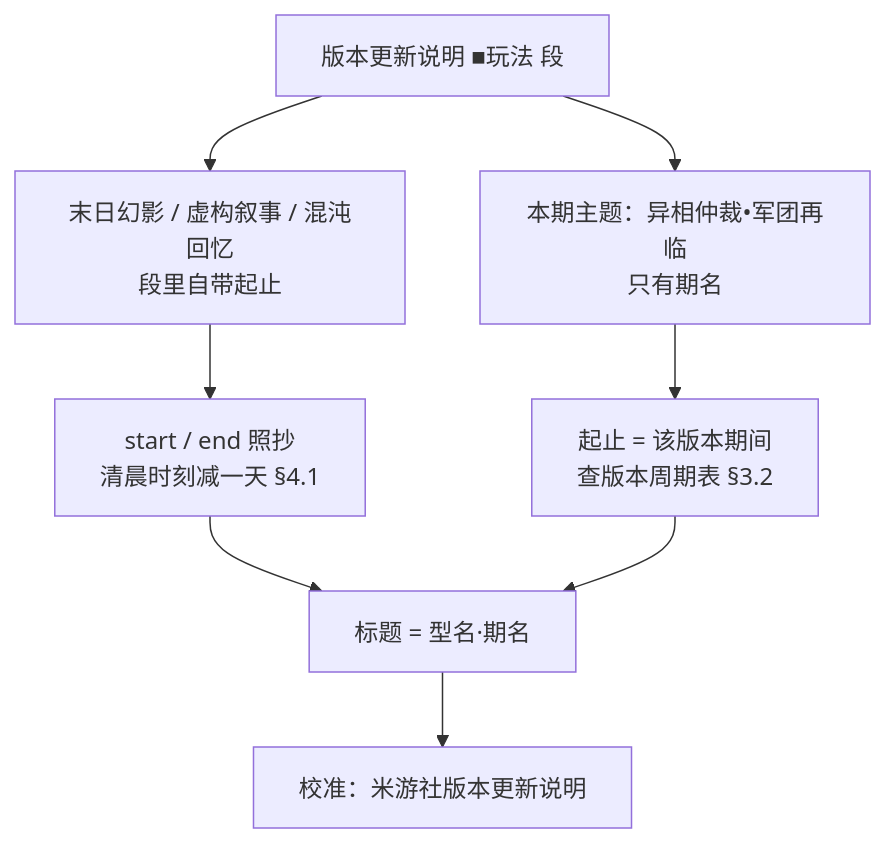
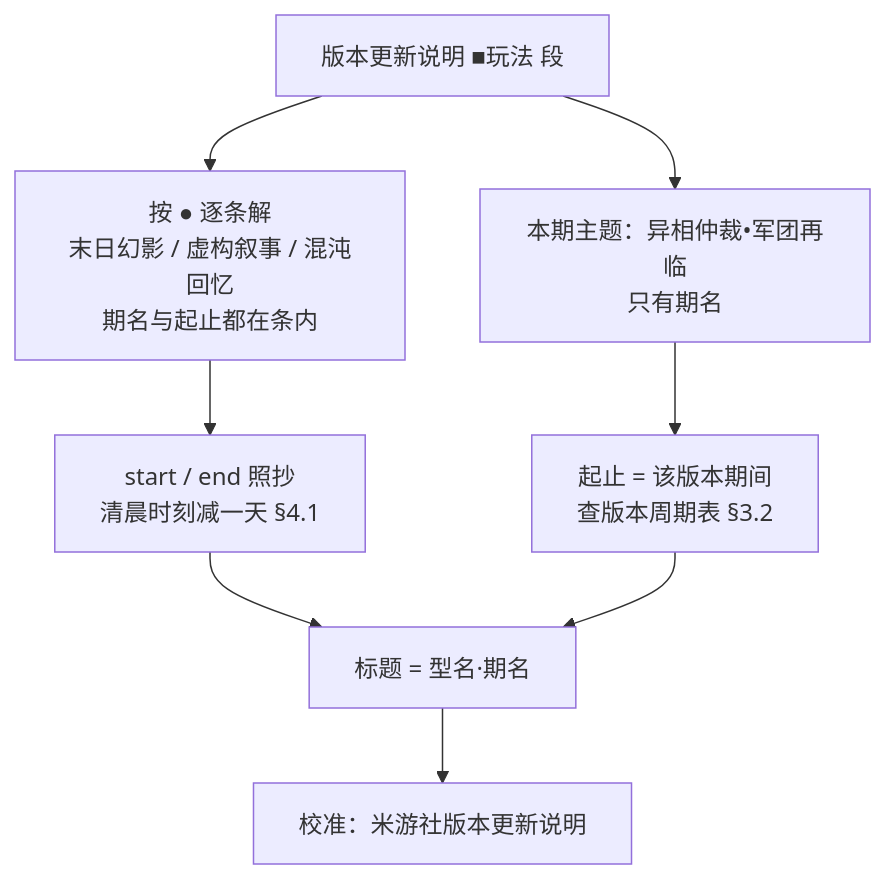
The sixth of 11 diagrams in tools/editor/starrail/RULES.md (autummu2/HoyoCalendar), drawn with Mermaid before and after one commit. The commit also changed other lines of this file and 4 other files, not shown here.

````diff
--- a/tools/editor/starrail/RULES.md
+++ b/tools/editor/starrail/RULES.md
@@ -229,10 +234,10 @@
 ```mermaid
 flowchart TD
-    A["版本更新说明 ■玩法 段"] --> B["末日幻影 / 虚构叙事 / 混沌回忆<br/>段里自带起止"]
+    A["版本更新说明 ■玩法 段"] --> B["按 ● 逐条解<br/>末日幻影 / 虚构叙事 / 混沌回忆<br/>期名与起止都在条内"]
     A --> C["本期主题：异相仲裁•军团再临<br/>只有期名"]
     B --> D["start / end 照抄<br/>清晨时刻减一天 §4.1"]
     C --> E["起止 = 该版本期间<br/>查版本周期表 §3.2"]
     D --> F["标题 = 型名·期名"]
     E --> F
     F --> G["校准：米游社版本更新说明"]
 ```
````
